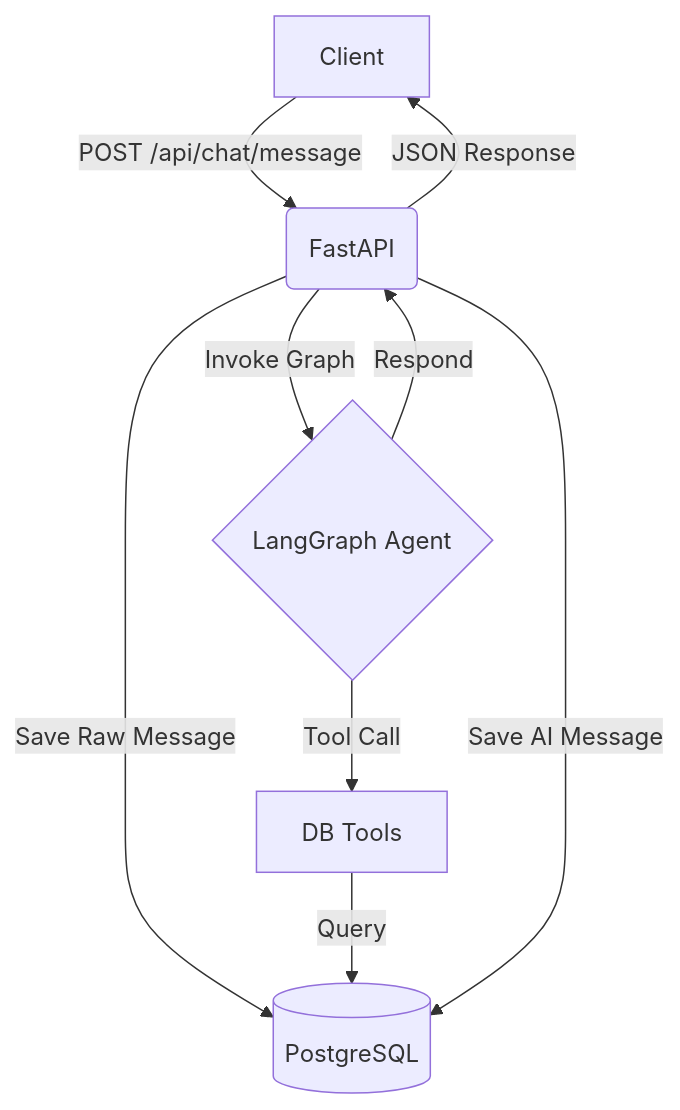
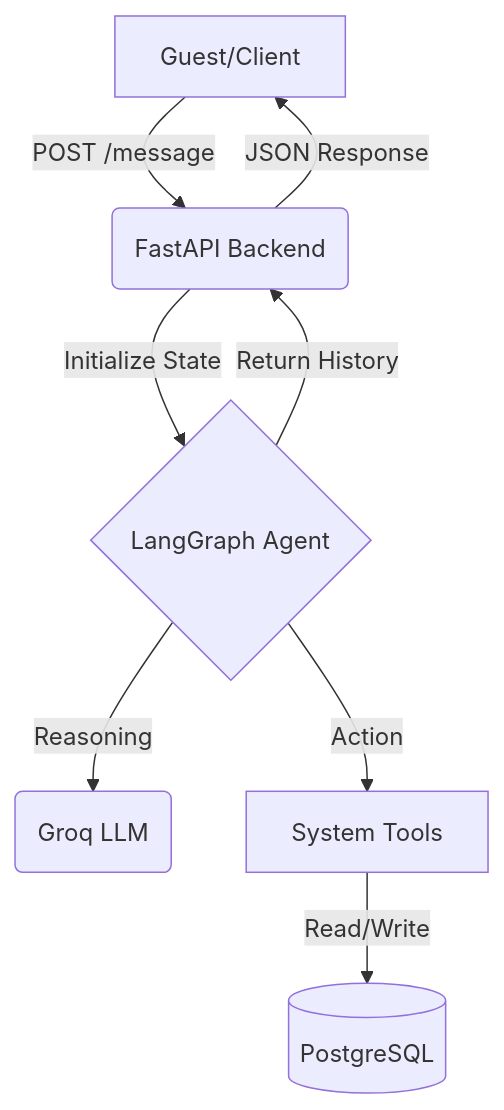
Before and after one commit to SheikhIshere/langgraph-booking-service: the diagram in README.md, drawn with Mermaid. The commit also changed other lines of this file, not shown here.

````diff
--- a/README.md
+++ b/README.md
@@ -11,11 +17,10 @@
 ```mermaid
 graph TD
-    A[Client] -->|POST /api/chat/message| B(FastAPI)
-    B -->|Save Raw Message| C[(PostgreSQL)]
-    B -->|Invoke Graph| D{LangGraph Agent}
-    D -->|Tool Call| E[DB Tools]
-    E -->|Query| C
-    D -->|Respond| B
-    B -->|Save AI Message| C
-    B -->|JSON Response| A
+    Guest[Guest/Client] -->|POST /message| API(FastAPI Backend)
+    API -->|Initialize State| Graph{LangGraph Agent}
+    Graph -->|Reasoning| LLM(Groq LLM)
+    Graph -->|Action| Tools[System Tools]
+    Tools -->|Read/Write| DB[(PostgreSQL)]
+    Graph -->|Return History| API
+    API -->|JSON Response| Guest
 ```
````
